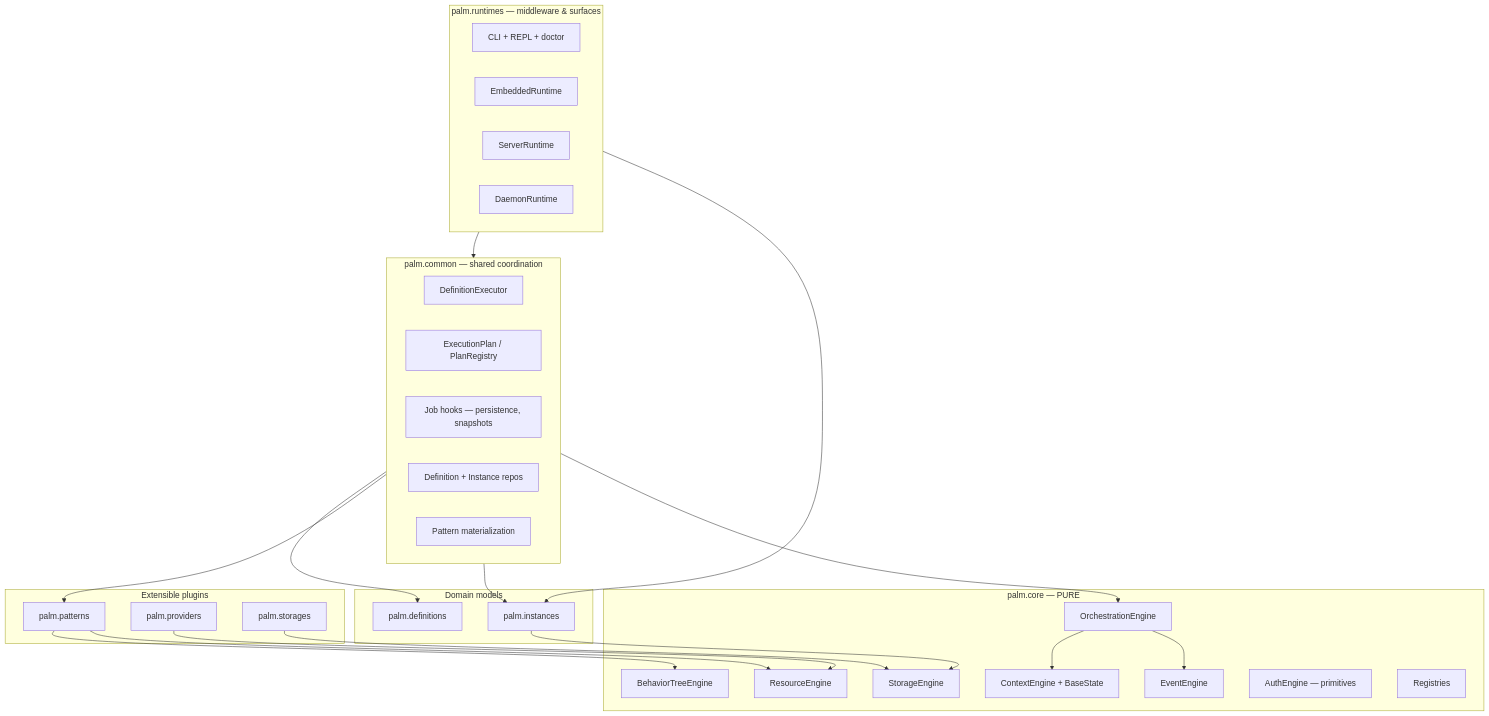
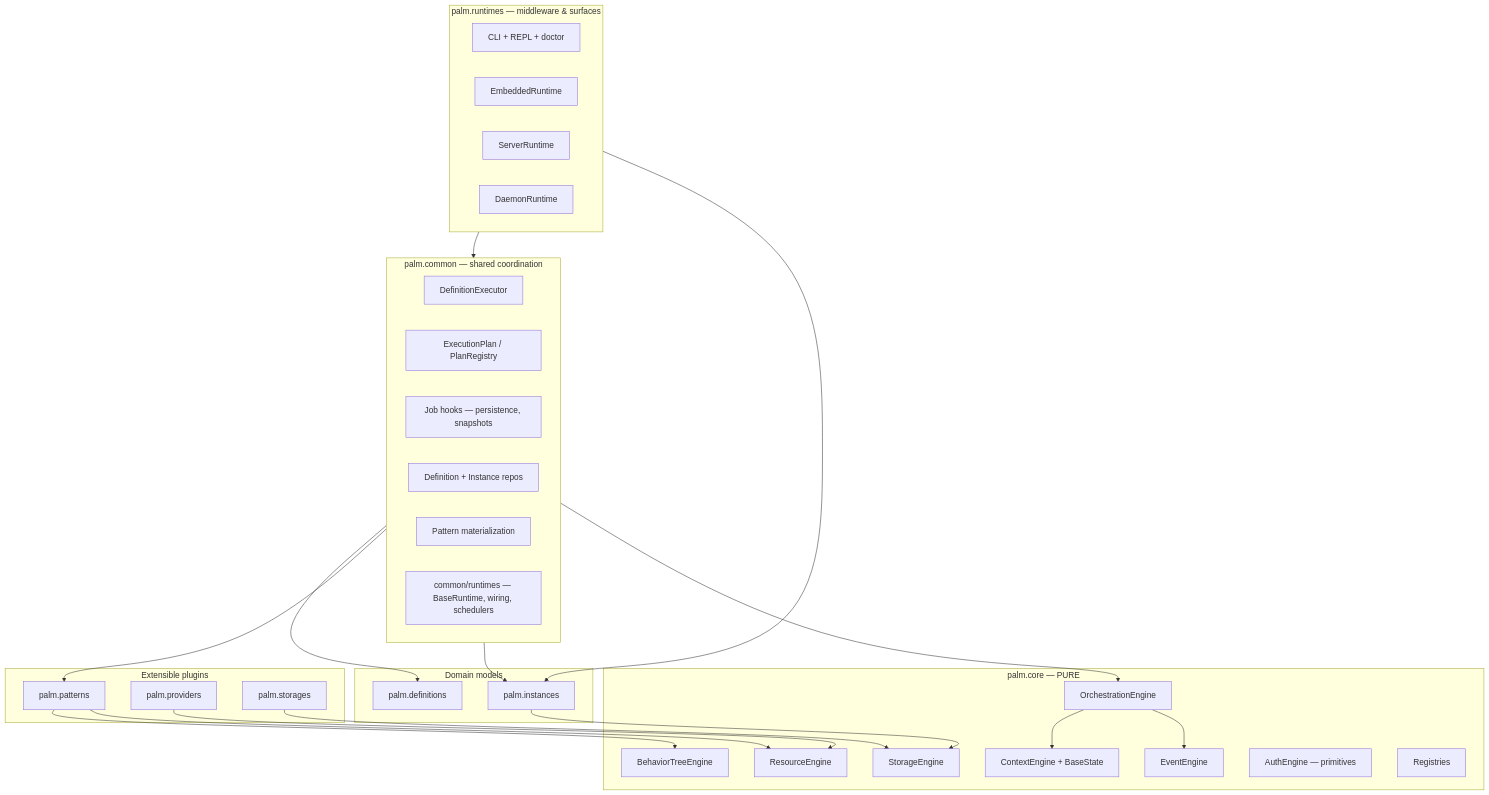
The first of 6 diagrams in ARCHITECTURE.md (JGabrielGruber/palmengine), drawn with Mermaid before and after one commit. The commit also changed other lines of this file and 66 other files, not shown here.

First line of the commit message:
0.8.16 Common Runtime

````diff
--- a/ARCHITECTURE.md
+++ b/ARCHITECTURE.md
@@ -23,53 +23,54 @@
 ```mermaid
 flowchart TB
     subgraph Runtimes["palm.runtimes — middleware & surfaces"]
         cli[CLI + REPL + doctor]
         embedded[EmbeddedRuntime]
         server[ServerRuntime]
         daemon[DaemonRuntime]
     end
 
     subgraph Common["palm.common — shared coordination"]
         exec[DefinitionExecutor]
         plans[ExecutionPlan / PlanRegistry]
         hooks[Job hooks — persistence, snapshots]
         persist[Definition + Instance repos]
         builder[Pattern materialization]
+        rtbase[common/runtimes — BaseRuntime, wiring, schedulers]
     end
 
     subgraph Plugins["Extensible plugins"]
         patterns[palm.patterns]
         providers[palm.providers]
         storages[palm.storages]
     end
 
     subgraph Domain["Domain models"]
         instances[palm.instances]
         definitions[palm.definitions]
     end
 
     subgraph Core["palm.core — PURE"]
         bt[BehaviorTreeEngine]
         orch[OrchestrationEngine]
         ctx[ContextEngine + BaseState]
         sto[StorageEngine]
         res[ResourceEngine]
         evt[EventEngine]
         auth[AuthEngine — primitives]
         reg[Registries]
     end
 
     Runtimes --> Common
     Runtimes --> instances
     Common --> definitions
     Common --> patterns
     Common --> instances
     patterns --> bt
     patterns --> res
     instances --> sto
     providers --> res
     storages --> sto
     Common --> orch
     orch --> ctx
     orch --> evt
 ```
````
